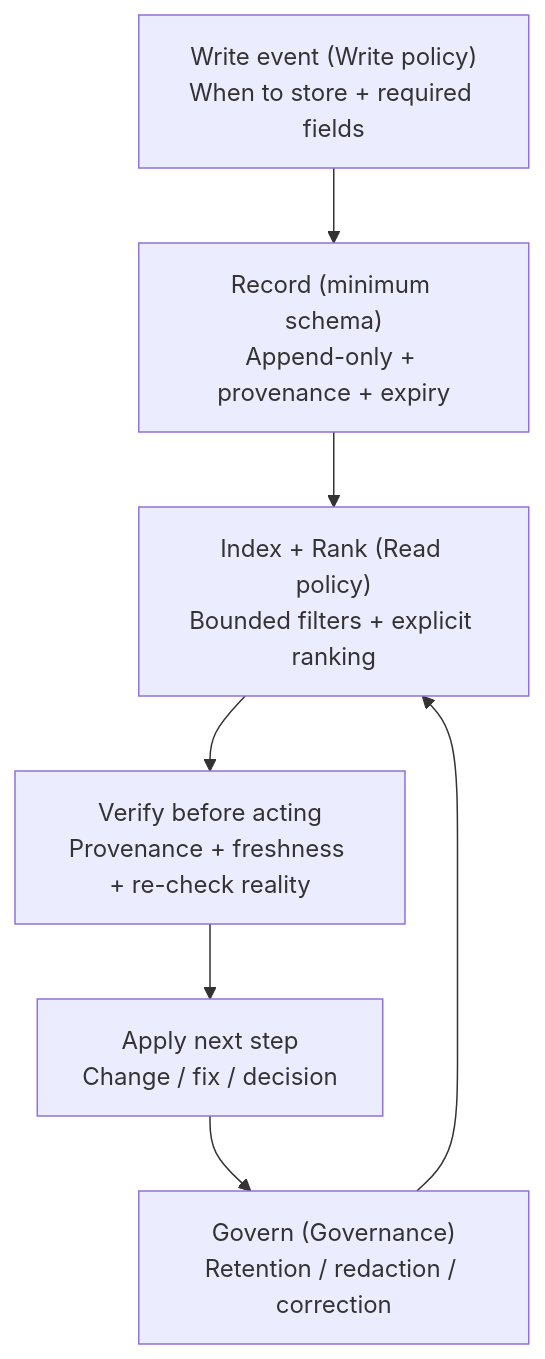
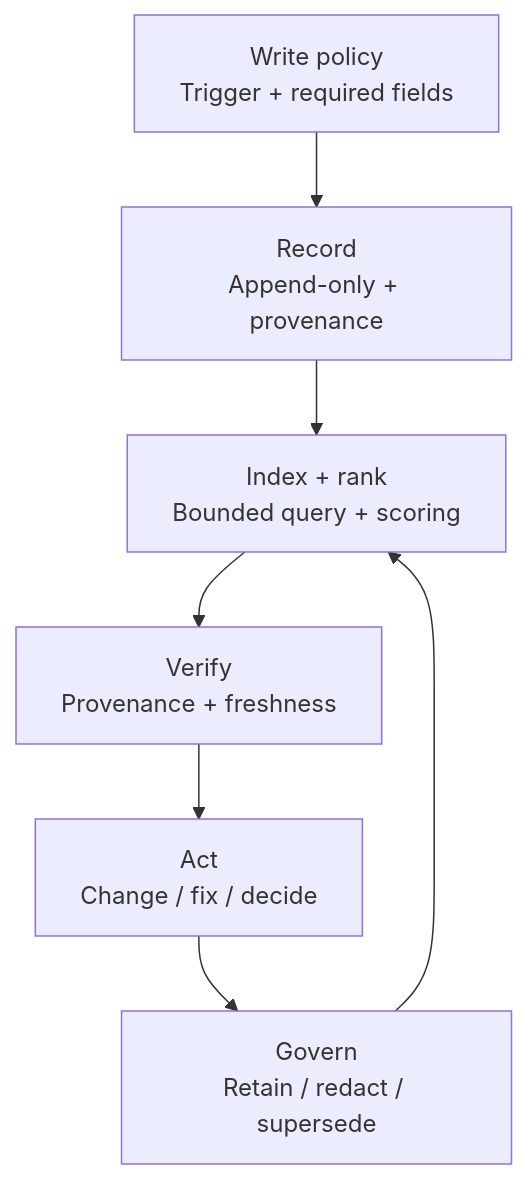
One commit to rmax-ai/ai-first-software-engineering-book changed the diagram in book/chapters/04-memory-systems.md. Above: the diagram before and after it, drawn with Mermaid. The commit also changed other lines of this file and 77 other files, not shown here.

````diff
--- a/book/chapters/04-memory-systems.md
+++ b/book/chapters/04-memory-systems.md
@@ -41,9 +41,9 @@
 ```mermaid
 flowchart TB
-  W["Write event (Write policy)<br/>When to store + required fields"] --> R["Record (minimum schema)<br/>Append-only + provenance + expiry"]
-  R --> I["Index + Rank (Read policy)<br/>Bounded filters + explicit ranking"]
-  I --> V["Verify before acting<br/>Provenance + freshness + re-check reality"]
-  V --> A["Apply next step<br/>Change / fix / decision"]
-  A --> G["Govern (Governance)<br/>Retention / redaction / correction"]
+  W["Write policy<br/>Trigger + required fields"] --> R["Record<br/>Append-only + provenance"]
+  R --> I["Index + rank<br/>Bounded query + scoring"]
+  I --> V["Verify<br/>Provenance + freshness"]
+  V --> A["Act<br/>Change / fix / decide"]
+  A --> G["Govern<br/>Retain / redact / supersede"]
   G --> I
 ```
````
